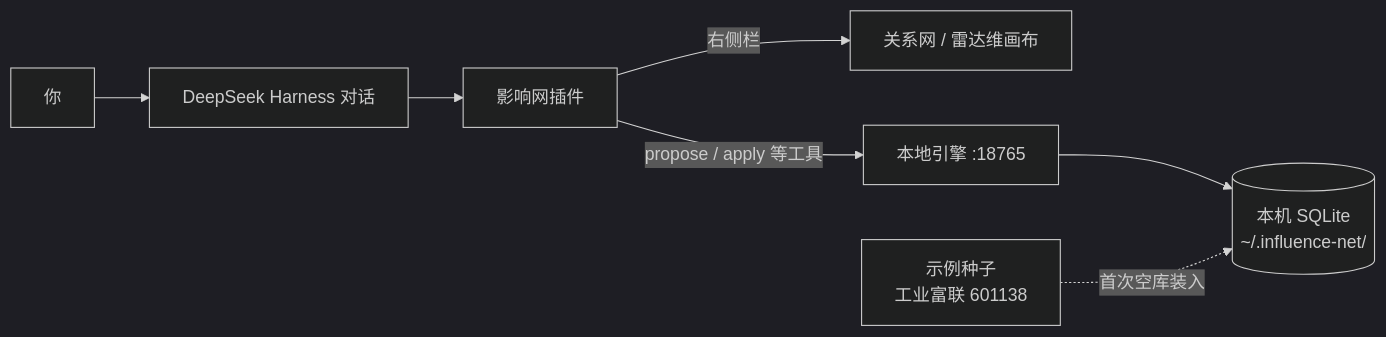
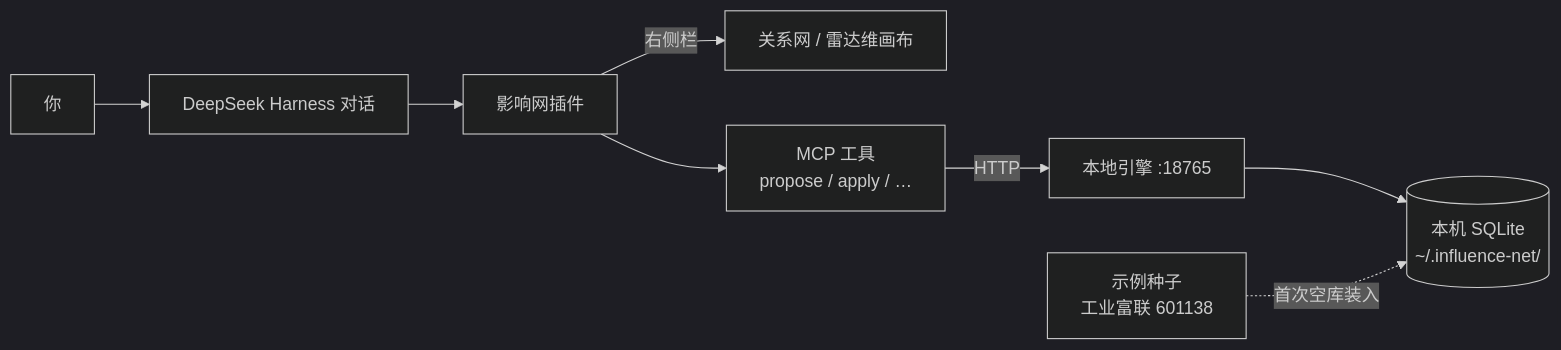
The diagram in README.md (jqlong17/influence-net), drawn with Mermaid (dark theme) before and after one commit. The commit also changed other lines of this file, not shown here.

First line of the commit message:
docs: README 架构标出 MCP，并列出全部工具

````diff
--- a/README.md
+++ b/README.md
@@ -29,9 +29,10 @@
 ```mermaid
 flowchart LR
   U[你] --> DSH[DeepSeek Harness 对话]
   DSH --> P[影响网插件]
   P -->|右侧栏| C[关系网 / 雷达维画布]
-  P -->|propose / apply 等工具| E[本地引擎 :18765]
+  P --> MCP[MCP 工具<br/>propose / apply / …]
+  MCP -->|HTTP| E[本地引擎 :18765]
   E --> DB[(本机 SQLite<br/>~/.influence-net/)]
   EX[示例种子<br/>工业富联 601138] -.->|首次空库装入| DB
 ```
````
